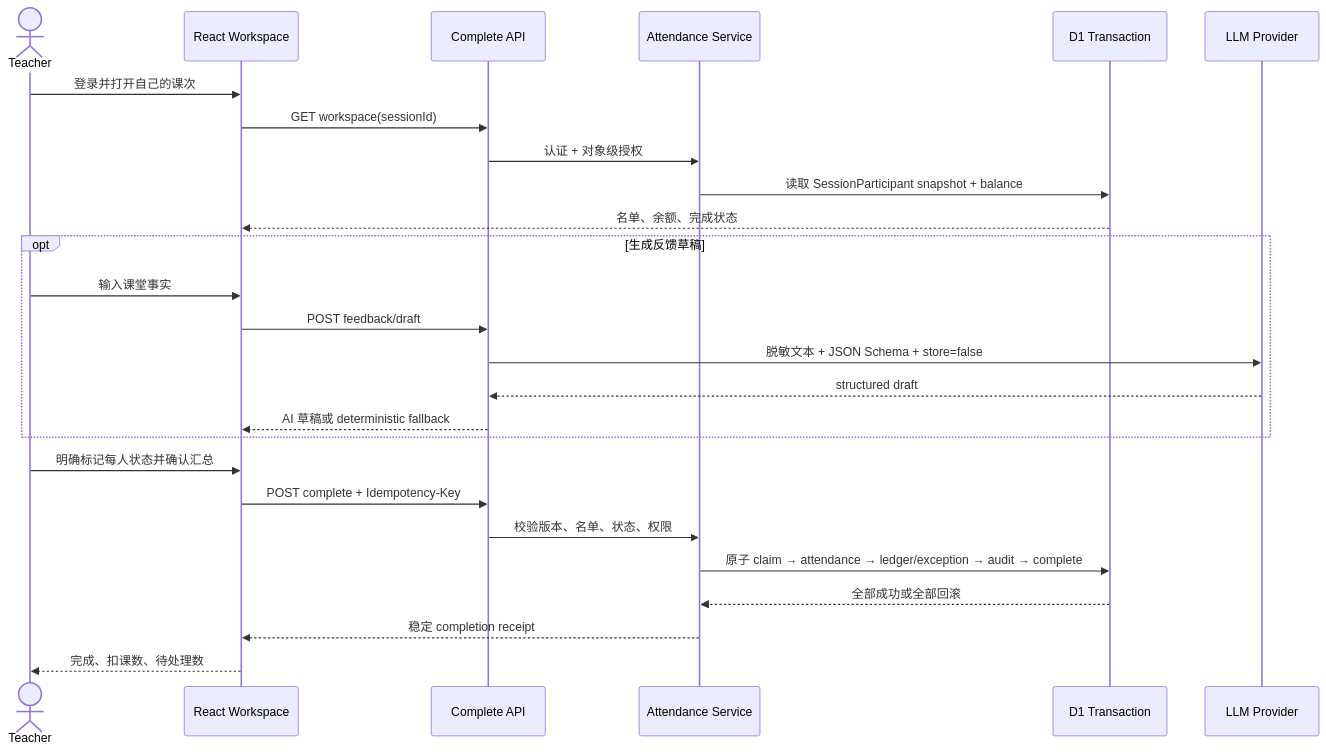
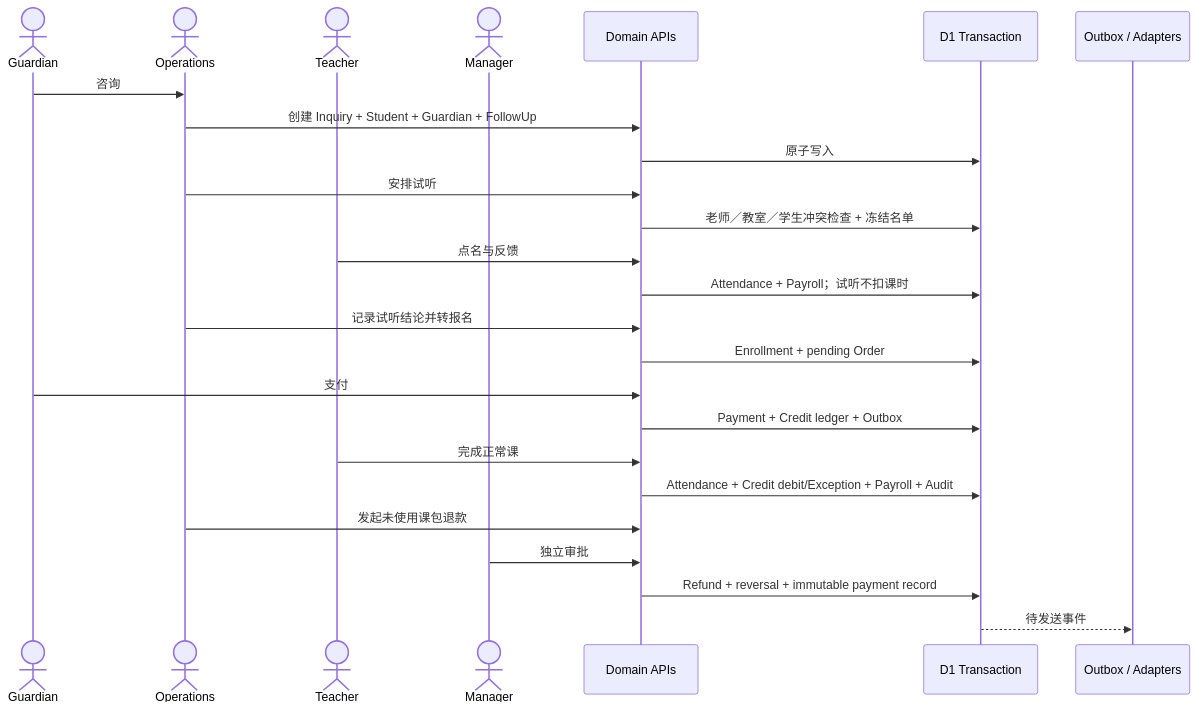
One commit to MadMax3366/Austin_homework changed the sixth of 6 diagrams in ARCHITECTURE.md. Above: the diagram before and after it, drawn with Mermaid. The commit also changed other lines of this file and 4 other files, not shown here.

Commit message:
docs: document full architecture demo and validation

````diff
--- a/ARCHITECTURE.md
+++ b/ARCHITECTURE.md
@@ -192,31 +189,28 @@
 ```mermaid
 sequenceDiagram
+  actor G as Guardian
+  actor O as Operations
   actor T as Teacher
-  participant UI as React Workspace
-  participant API as Complete API
-  participant S as Attendance Service
+  actor M as Manager
+  participant API as Domain APIs
   participant DB as D1 Transaction
-  participant AI as LLM Provider
+  participant OUT as Outbox / Adapters
 
-  T->>UI: 登录并打开自己的课次
-  UI->>API: GET workspace(sessionId)
-  API->>S: 认证 + 对象级授权
-  S->>DB: 读取 SessionParticipant snapshot + balance
-  DB-->>UI: 名单、余额、完成状态
-
-  opt 生成反馈草稿
-    T->>UI: 输入课堂事实
-    UI->>API: POST feedback/draft
-    API->>AI: 脱敏文本 + JSON Schema + store=false
-    AI-->>API: structured draft
-    API-->>UI: AI 草稿或 deterministic fallback
-  end
-
-  T->>UI: 明确标记每人状态并确认汇总
-  UI->>API: POST complete + Idempotency-Key
-  API->>S: 校验版本、名单、状态、权限
-  S->>DB: 原子 claim → attendance → ledger/exception → audit → complete
-  DB-->>S: 全部成功或全部回滚
-  S-->>UI: 稳定 completion receipt
-  UI-->>T: 完成、扣课数、待处理数
+  G->>O: 咨询
+  O->>API: 创建 Inquiry + Student + Guardian + FollowUp
+  API->>DB: 原子写入
+  O->>API: 安排试听
+  API->>DB: 老师／教室／学生冲突检查 + 冻结名单
+  T->>API: 点名与反馈
+  API->>DB: Attendance + Payroll；试听不扣课时
+  O->>API: 记录试听结论并转报名
+  API->>DB: Enrollment + pending Order
+  G->>API: 支付
+  API->>DB: Payment + Credit ledger + Outbox
+  T->>API: 完成正常课
+  API->>DB: Attendance + Credit debit/Exception + Payroll + Audit
+  O->>API: 发起未使用课包退款
+  M->>API: 独立审批
+  API->>DB: Refund + reversal + immutable payment record
+  DB-->>OUT: 待发送事件
 ```
````
